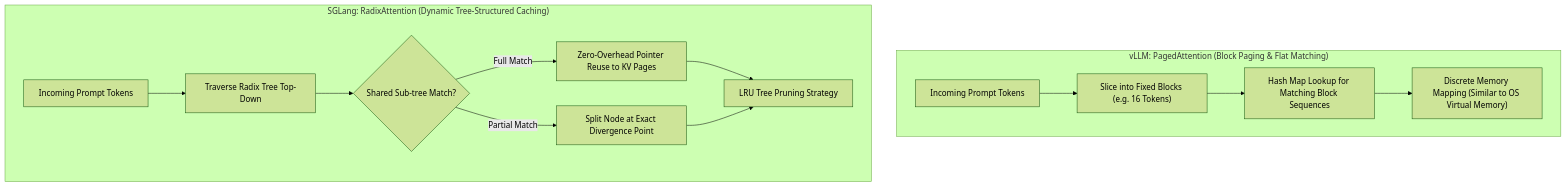
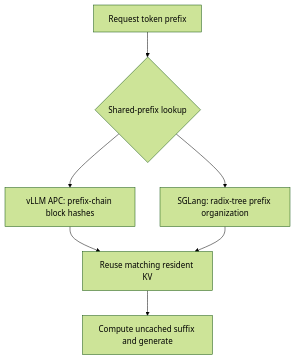
One commit to ifnodoraemon/ifnodoraemon.github.io changed the diagram in content/en/articles/sglang-vs-vllm-architecture.en.md. Above: the diagram before and after it, drawn with Mermaid (forest theme). The commit also changed other lines of this file and 86 other files, not shown here.

````diff
--- a/content/en/articles/sglang-vs-vllm-architecture.en.md
+++ b/content/en/articles/sglang-vs-vllm-architecture.en.md
@@ -38,16 +28,9 @@
 ```mermaid
-graph TD
-    subgraph SubVLLM["vLLM: PagedAttention (Block Paging & Flat Matching)"]
-        V1["Incoming Prompt Tokens"] --> V2["Slice into Fixed Blocks (e.g. 16 Tokens)"]
-        V2 --> V3["Hash Map Lookup for Matching Block Sequences"]
-        V3 --> V4["Discrete Memory Mapping (Similar to OS Virtual Memory)"]
-    end
-    subgraph SubSGLang["SGLang: RadixAttention (Dynamic Tree-Structured Caching)"]
-        S1["Incoming Prompt Tokens"] --> S2["Traverse Radix Tree Top-Down"]
-        S2 --> S3{"Shared Sub-tree Match?"}
-        S3 -->|"Full Match"| S4["Zero-Overhead Pointer Reuse to KV Pages"]
-        S3 -->|"Partial Match"| S5["Split Node at Exact Divergence Point"]
-        S4 --> S6["LRU Tree Pruning Strategy"]
-        S5 --> S6
-    end
+flowchart TD
+    Request["Request token prefix"] --> Match{"Shared-prefix lookup"}
+    Match --> Hash["vLLM APC: prefix-chain block hashes"]
+    Match --> Tree["SGLang: radix-tree prefix organization"]
+    Hash --> Reuse["Reuse matching resident KV"]
+    Tree --> Reuse
+    Reuse --> Compute["Compute uncached suffix and generate"]
 ```
````
